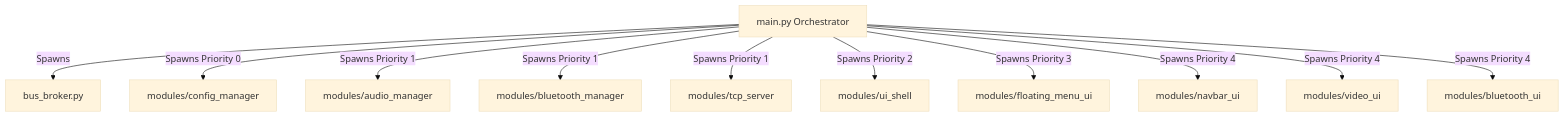
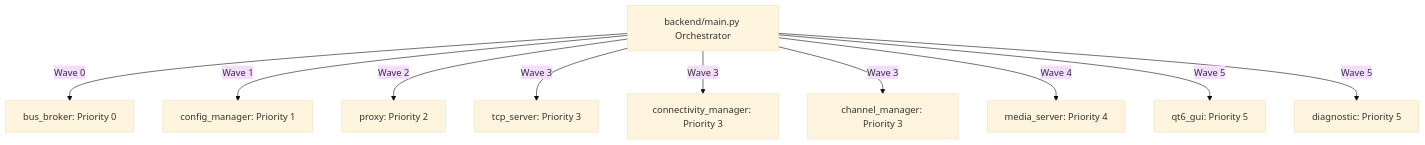
The diagram in docs/SYSTEM_ARCHITECTURE.md (nemocrk/NemoHeadUnit-Wireless), drawn with Mermaid (base theme) before and after one commit. The commit also changed other lines of this file and 5 other files, not shown here.

Commit message:
docs: update system and UI architecture guides and add production readiness plans

````diff
--- a/docs/SYSTEM_ARCHITECTURE.md
+++ b/docs/SYSTEM_ARCHITECTURE.md
@@ -11,13 +11,12 @@
 ```mermaid
 graph TD
-    Main[main.py Orchestrator] -->|Spawns| Broker[bus_broker.py]
-    Main -->|Spawns Priority 0| ConfigMgr[modules/config_manager]
-    Main -->|Spawns Priority 1| AudioMgr[modules/audio_manager]
-    Main -->|Spawns Priority 1| BTMgr[modules/bluetooth_manager]
-    Main -->|Spawns Priority 1| TCPServer[modules/tcp_server]
-    Main -->|Spawns Priority 2| UIShell[modules/ui_shell]
-    Main -->|Spawns Priority 3| FloatingMenu[modules/floating_menu_ui]
-    Main -->|Spawns Priority 4| Navbar[modules/navbar_ui]
-    Main -->|Spawns Priority 4| VideoUI[modules/video_ui]
-    Main -->|Spawns Priority 4| BluetoothUI[modules/bluetooth_ui]
+    Orchestrator[backend/main.py Orchestrator] -->|Wave 0| Broker[bus_broker: Priority 0]
+    Orchestrator -->|Wave 1| ConfigMgr[config_manager: Priority 1]
+    Orchestrator -->|Wave 2| Proxy[proxy: Priority 2]
+    Orchestrator -->|Wave 3| TCPServer[tcp_server: Priority 3]
+    Orchestrator -->|Wave 3| ConnMgr[connectivity_manager: Priority 3]
+    Orchestrator -->|Wave 3| ChanMgr[channel_manager: Priority 3]
+    Orchestrator -->|Wave 4| MediaServer[media_server: Priority 4]
+    Orchestrator -->|Wave 5| QtGUI[qt6_gui: Priority 5]
+    Orchestrator -->|Wave 5| Diag[diagnostic: Priority 5]
 ```
````
